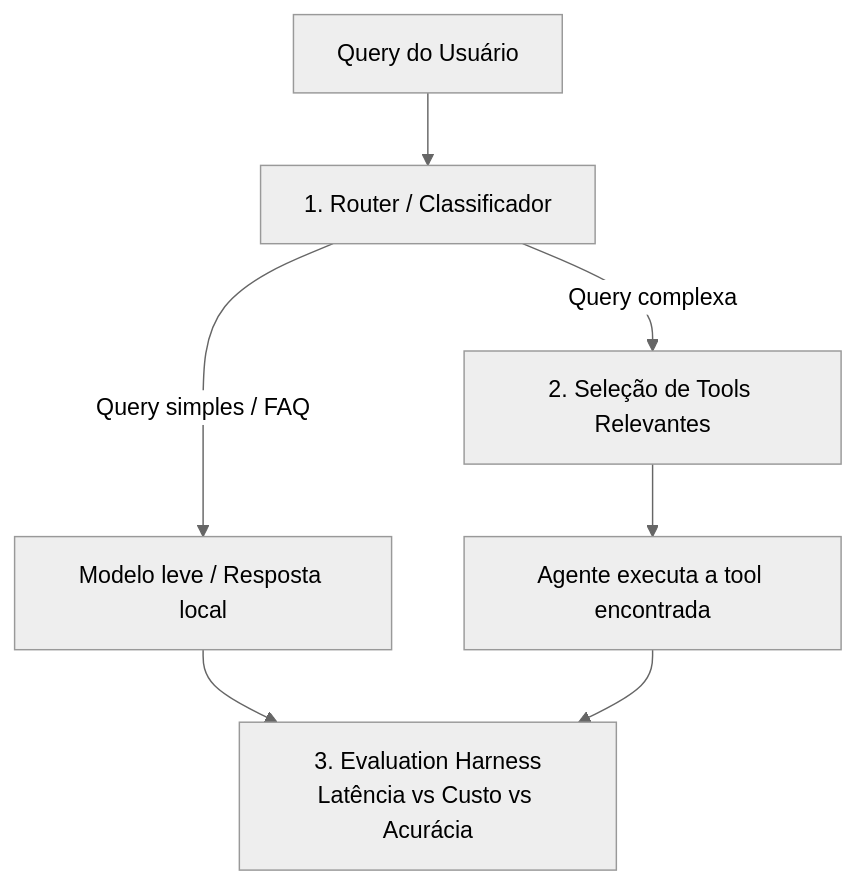
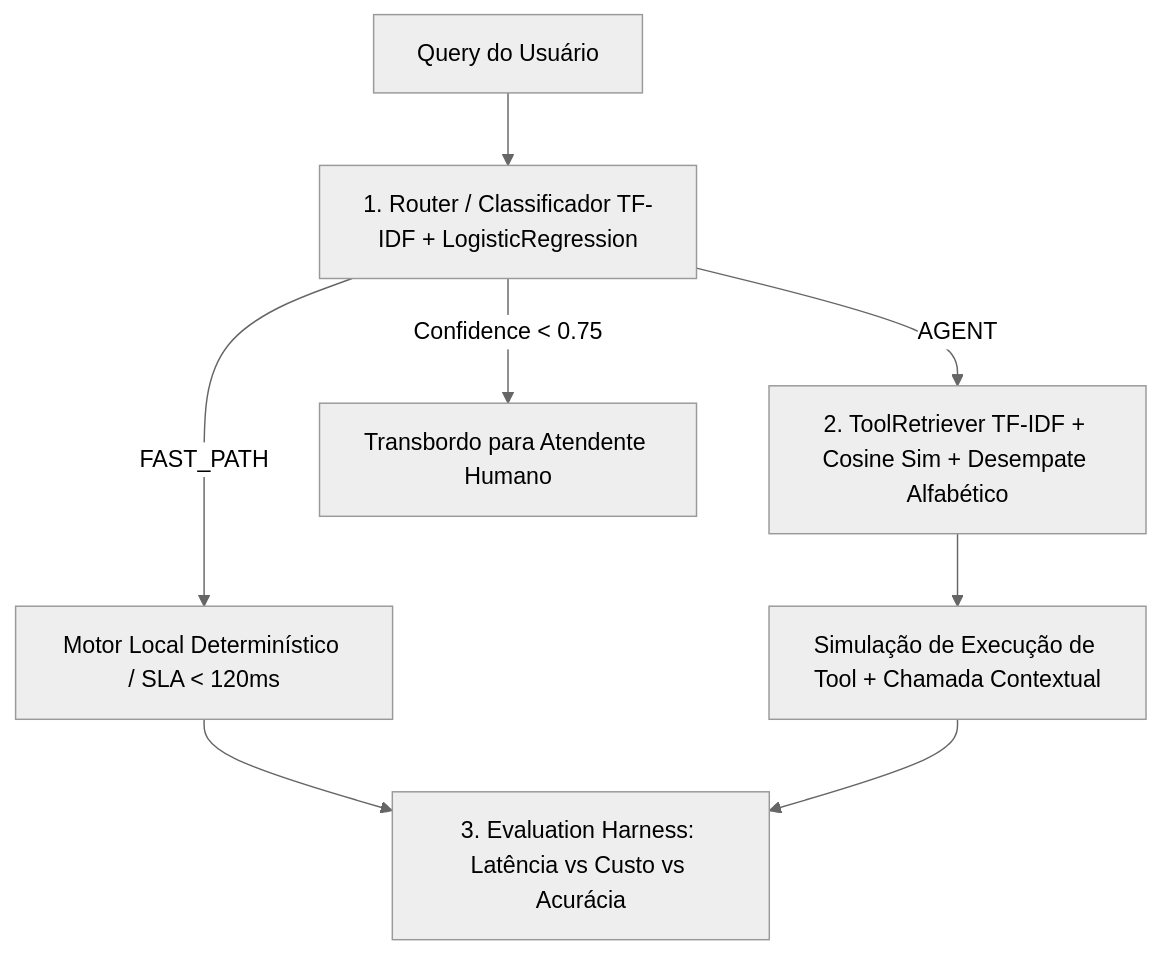
One commit to issei/case-agents changed the diagram in README.md. Above: the diagram before and after it, drawn with Mermaid (neutral theme). The commit also changed other lines of this file and 7 other files, not shown here.

````diff
--- a/README.md
+++ b/README.md
@@ -12,9 +7,10 @@
 ```mermaid
 flowchart TD
-    A[Query do Usuário] --> B[1. Router / Classificador]
-    B -->|Query simples / FAQ| C[Modelo leve / Resposta local]
-    B -->|Query complexa| D[2. Seleção de Tools Relevantes]
-    D --> E[Agente executa a tool encontrada]
-    C --> F[3. Evaluation Harness<br/>Latência vs Custo vs Acurácia]
+    A[Query do Usuário] --> B[1. Router / Classificador TF-IDF + LogisticRegression]
+    B -->|FAST_PATH| C[Motor Local Determinístico / SLA < 120ms]
+    B -->|AGENT| D[2. ToolRetriever TF-IDF + Cosine Sim + Desempate Alfabético]
+    D --> E[Simulação de Execução de Tool + Chamada Contextual]
+    B -->|Confidence < 0.75| G[Transbordo para Atendente Humano]
+    C --> F[3. Evaluation Harness: Latência vs Custo vs Acurácia]
     E --> F
 ```
````
